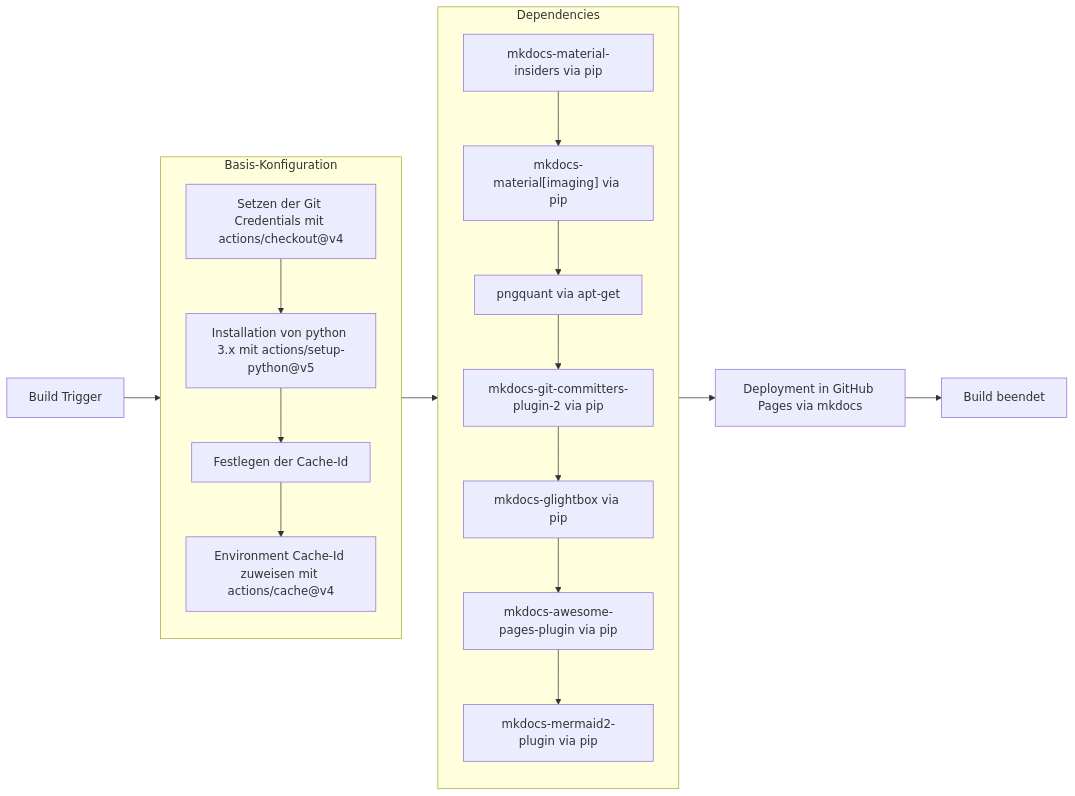
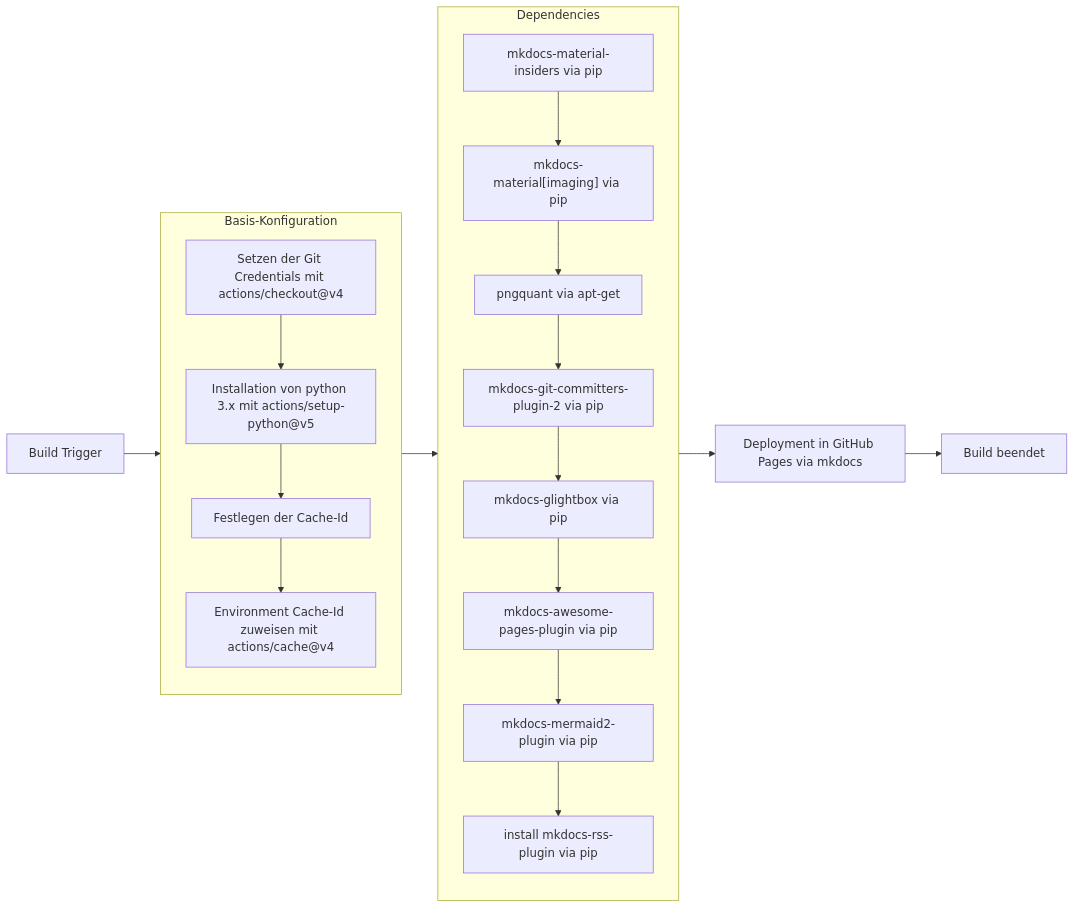
One commit to md42/arc42-website changed the second of 2 diagrams in docs/laufzeit/pipeline-dieser-website.md. Above: the diagram before and after it, drawn with Mermaid. The commit also changed 1 other file, not shown here.

Commit message:
Fix missing rss-plugin on build-agent

````diff
--- a/docs/laufzeit/pipeline-dieser-website.md
+++ b/docs/laufzeit/pipeline-dieser-website.md
@@ -38,43 +38,44 @@
 ```mermaid
 flowchart LR
     start["Build Trigger"]
 
     subgraph base["Basis-Konfiguration"]
         direction TB
         git["Setzen der Git Credentials mit actions/checkout@v4"]
         python["Installation von python 3.x mit actions/setup-python@v5"]
         cacheid["Festlegen der Cache-Id"]
         cache["Environment Cache-Id zuweisen mit actions/cache@v4"]
 
         git --> python
         python --> cacheid
         cacheid --> cache
     end
 
     start --> base
 
     subgraph setup[Dependencies]
         direction TB
         mkdocs["mkdocs-material-insiders via pip"]
         imaging["mkdocs-material[imaging] via pip"]
         png["pngquant via apt-get"]
         authors["mkdocs-git-committers-plugin-2 via pip"]
         lightbox["mkdocs-glightbox via pip"]
         pages["mkdocs-awesome-pages-plugin via pip"]
         mermaid["mkdocs-mermaid2-plugin via pip"]
-        
+        rss["install mkdocs-rss-plugin via pip"]
         
         mkdocs --> imaging
         imaging --> png
         png --> authors
         authors --> lightbox
         lightbox --> pages
         pages --> mermaid
+        mermaid --> rss
     end
 
     base --> setup
     deploy["Deployment in GitHub Pages via mkdocs"]
     setup --> deploy
     finish["Build beendet"]
     deploy --> finish
 ```
````
